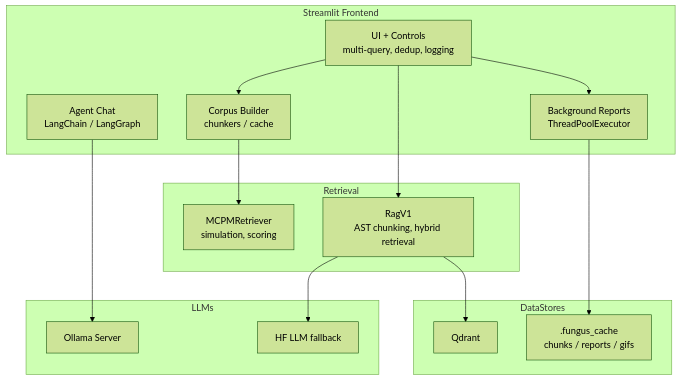
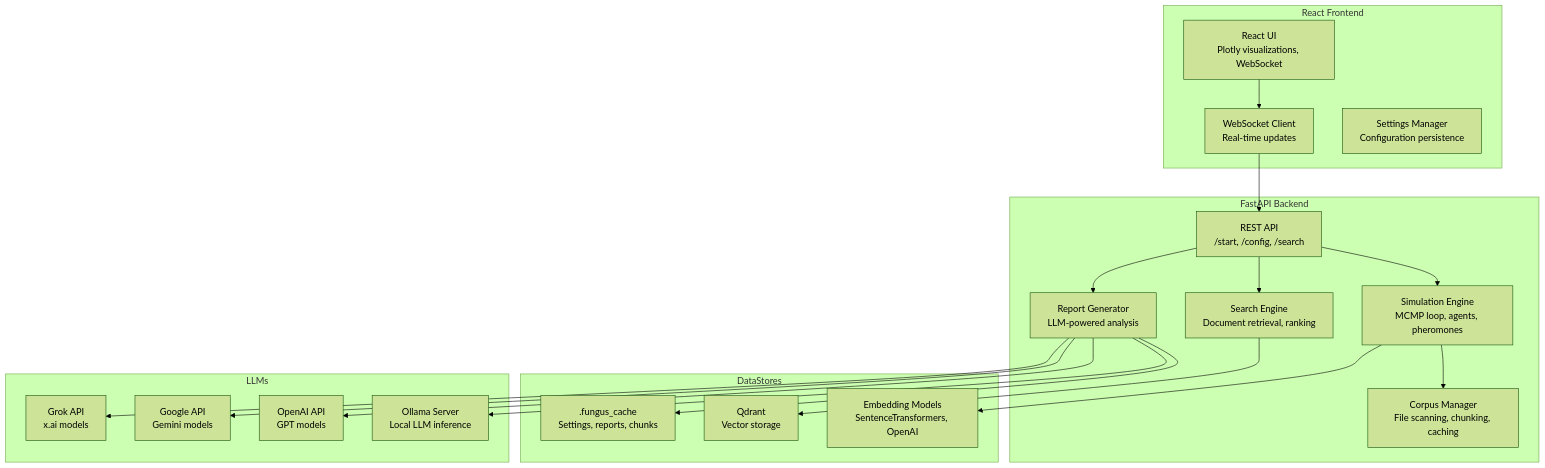
Before and after one commit to Flissel/la_fungus_search: the second of 4 diagrams in docs/ARCHITECTURE.md, drawn with Mermaid (forest theme). The commit also changed other lines of this file and 5 other files, not shown here.

Commit message:
Refactor: Update architecture, docs, and config for React frontend

````diff
--- a/docs/ARCHITECTURE.md
+++ b/docs/ARCHITECTURE.md
@@ -23,33 +25,39 @@
 ```mermaid
 graph TB
-  subgraph Frontend [Streamlit Frontend]
-    UI[UI + Controls<br/>multi-query, dedup, logging]
-    AG[Agent Chat<br/>LangChain / LangGraph]
-    CORP[Corpus Builder<br/>chunkers / cache]
-    BG[Background Reports<br/>ThreadPoolExecutor]
+  subgraph Frontend [React Frontend]
+    UI[React UI<br/>Plotly visualizations, WebSocket]
+    WS[WebSocket Client<br/>Real-time updates]
+    SETTINGS[Settings Manager<br/>Configuration persistence]
   end
 
-  subgraph Retrieval
-    MCMP[MCPMRetriever<br/>simulation, scoring]
-    RAG[RagV1<br/>AST chunking, hybrid retrieval]
+  subgraph Backend [FastAPI Backend]
+    API[REST API<br/>/start, /config, /search]
+    SIM[Simulation Engine<br/>MCMP loop, agents, pheromones]
+    CORPUS[Corpus Manager<br/>File scanning, chunking, caching]
+    SEARCH[Search Engine<br/>Document retrieval, ranking]
+    REPORTS[Report Generator<br/>LLM-powered analysis]
   end
 
-  %% Services section removed (API deleted)
-
   subgraph DataStores
-    Q[Qdrant]
-    C[.fungus_cache<br/>chunks / reports / gifs]
+    QDRANT[Qdrant<br/>Vector storage]
+    CACHE[.fungus_cache<br/>Settings, reports, chunks]
+    MODELS[Embedding Models<br/>SentenceTransformers, OpenAI]
   end
 
   subgraph LLMs
-    OLL[Ollama Server]
-    HFL[HF LLM fallback]
+    OLLAMA[Ollama Server<br/>Local LLM inference]
+    OPENAI[OpenAI API<br/>GPT models]
+    GOOGLE[Google API<br/>Gemini models]
+    GROK[Grok API<br/>x.ai models]
   end
 
-  UI --> CORP --> MCMP
-  UI --> RAG --> Q
-  AG --> OLL
-  RAG --> HFL
-  UI --> BG --> C
-  %% API links removed
+  UI --> WS --> API
+  API --> SIM --> CORPUS
+  API --> SEARCH --> QDRANT
+  API --> REPORTS --> CACHE
+  SIM --> MODELS
+  REPORTS --> OLLAMA
+  REPORTS --> OPENAI
+  REPORTS --> GOOGLE
+  REPORTS --> GROK
 ```
````
